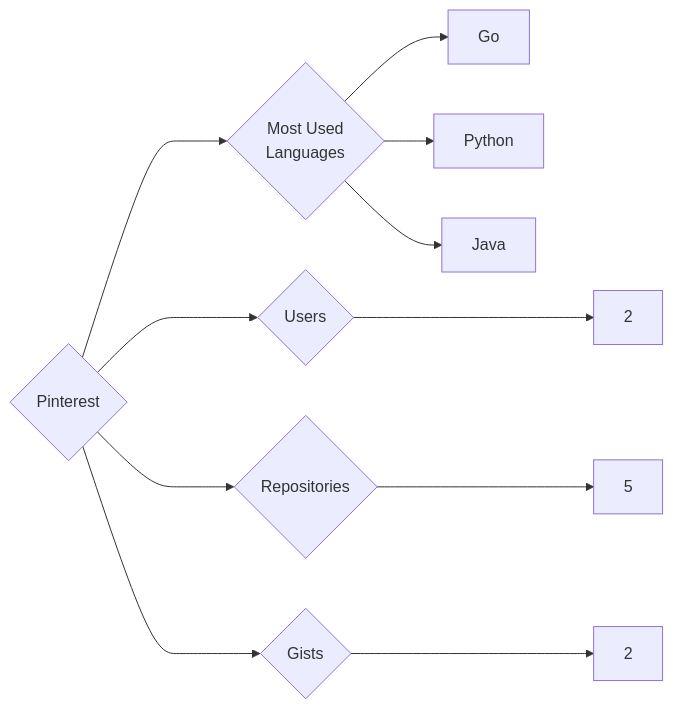
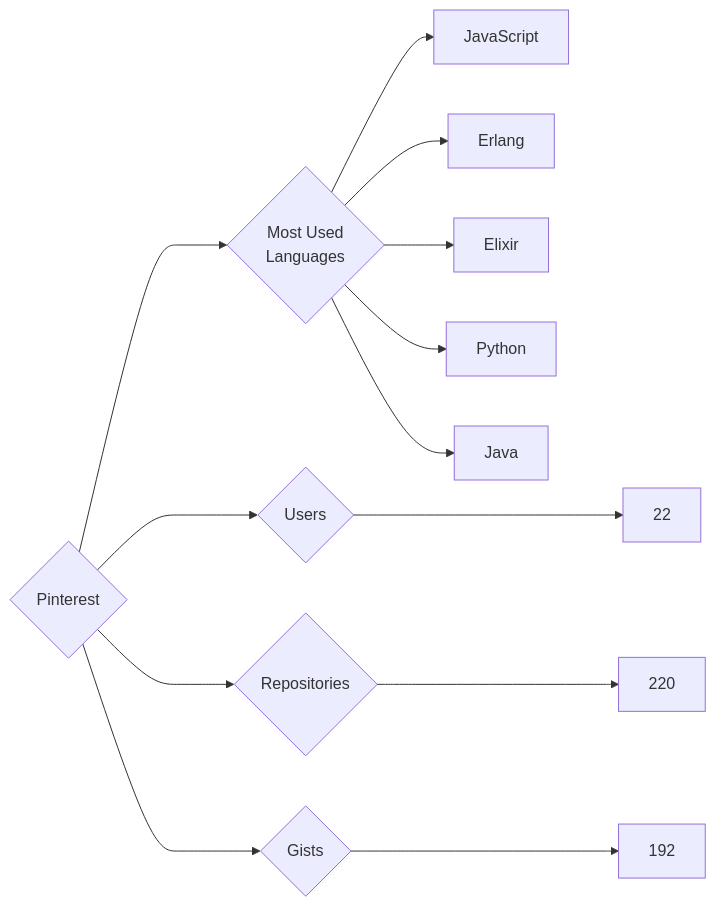
One commit to trickest/insiders changed the diagram in targets/Pinterest/README.md. Above: the diagram before and after it, drawn with Mermaid. The commit also changed 1479 other files, not shown here.

````diff
--- a/targets/Pinterest/README.md
+++ b/targets/Pinterest/README.md
@@ -3,11 +3,13 @@
 ```mermaid
 graph LR
 COMPANY_NAME{Pinterest}
-COMPANY_NAME ---> U{Users} ---> UN[2]
-COMPANY_NAME ---> R{Repositories} ---> RN[5]
-COMPANY_NAME ---> G{Gists} ---> GN[2]
+COMPANY_NAME ---> U{Users} ---> UN[22]
+COMPANY_NAME ---> R{Repositories} ---> RN[220]
+COMPANY_NAME ---> G{Gists} ---> GN[192]
 COMPANY_NAME ---> ML{Most Used<br>Languages}
-ML --> Go[Go]
+ML --> JavaScript[JavaScript]
+ML --> Erlang[Erlang]
+ML --> Elixir[Elixir]
 ML --> Python[Python]
 ML --> Java[Java]
 ```
````
